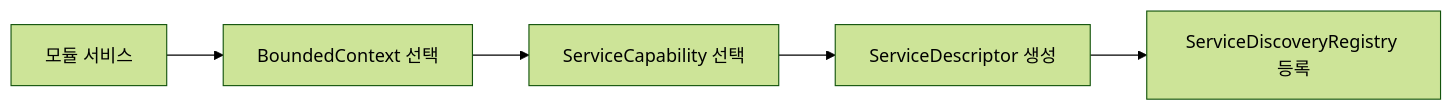
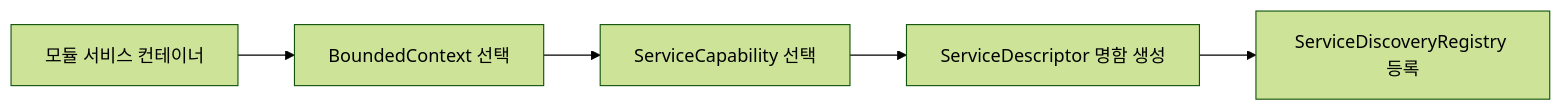
One commit to skyg547/account changed the second of 4 diagrams in shared-kernel/docs/process-flow.md. Above: the diagram before and after it, drawn with Mermaid (forest theme). The commit also changed other lines of this file and 94 other files, not shown here.

````diff
--- a/shared-kernel/docs/process-flow.md
+++ b/shared-kernel/docs/process-flow.md
@@ -18,7 +21,7 @@
 ```mermaid
 flowchart LR
-    A[모듈 서비스] --> B[BoundedContext 선택]
+    A[모듈 서비스 컨테이너] --> B[BoundedContext 선택]
     B --> C[ServiceCapability 선택]
-    C --> D[ServiceDescriptor 생성]
+    C --> D[ServiceDescriptor 명함 생성]
     D --> E[ServiceDiscoveryRegistry 등록]
 ```
````
